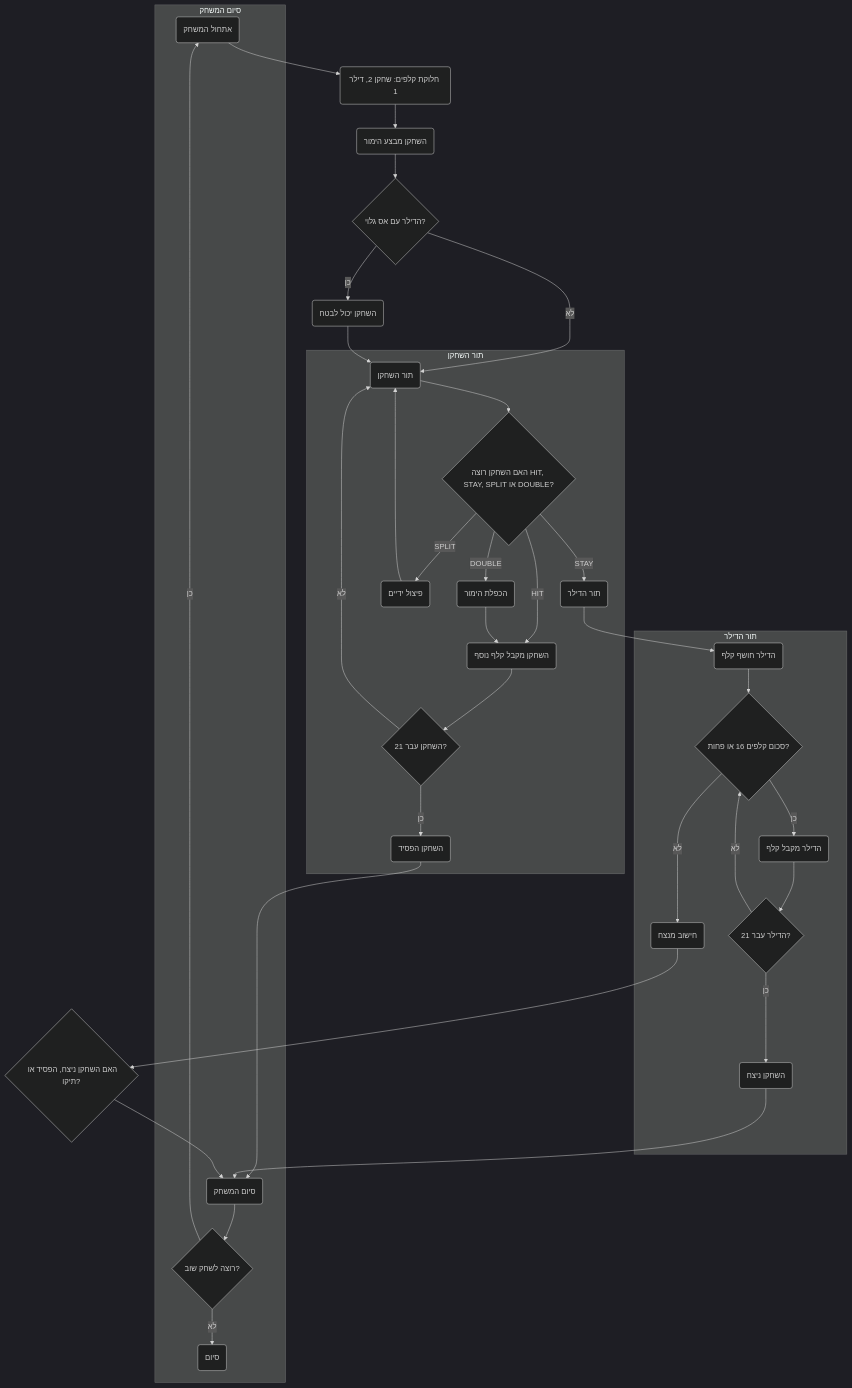
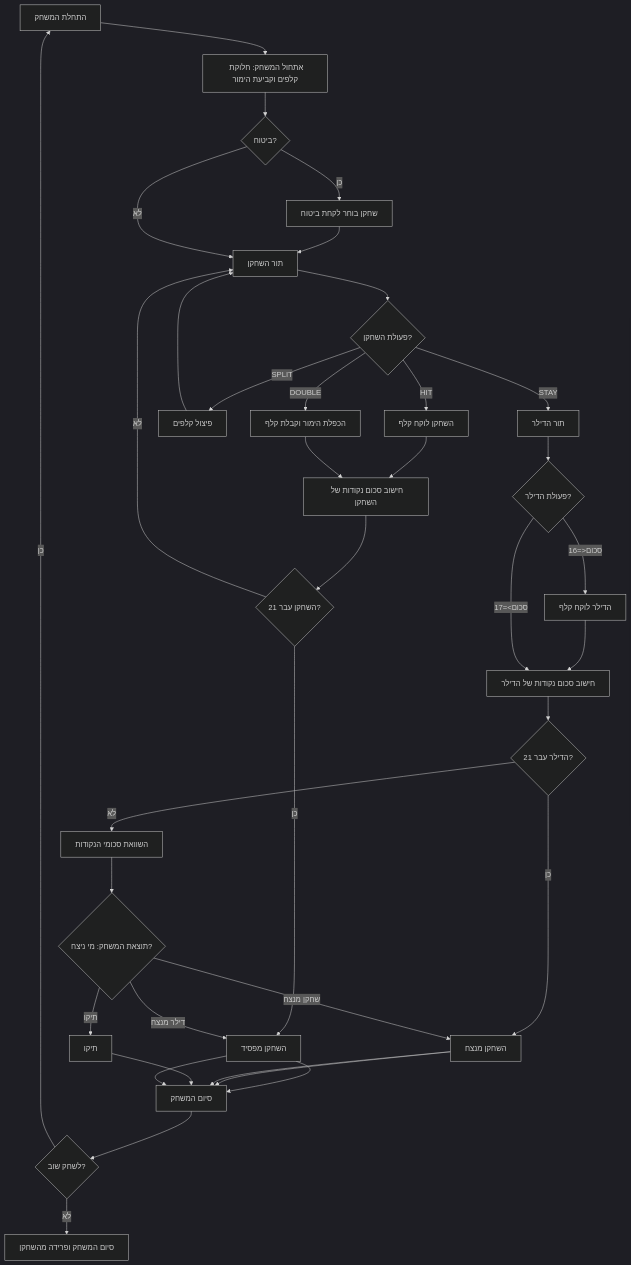
The diagram in docs/gemini/he/explainer/src/endpoints/ai_games/101_basic_computer_games/ru/rules/13_blkjak.ru.md.md (hypo69/hypo), drawn with Mermaid (dark theme) before and after one commit. The commit also changed other lines of this file and 885 other files, not shown here.

````diff
--- a/docs/gemini/he/explainer/src/endpoints/ai_games/101_basic_computer_games/ru/rules/13_blkjak.ru.md.md
+++ b/docs/gemini/he/explainer/src/endpoints/ai_games/101_basic_computer_games/ru/rules/13_blkjak.ru.md.md
@@ -47,44 +47,36 @@
 ```mermaid
 flowchart TD
-    Start(אתחול המשחק) --> DealCards(חלוקת קלפים: שחקן 2, דילר 1)
-    DealCards --> PlaceBet(השחקן מבצע הימור)
-    PlaceBet --> InsuranceCheck{הדילר עם אס גלוי?}
-    InsuranceCheck -- כן --> InsuranceOffer(השחקן יכול לבטח)
-    InsuranceCheck -- לא --> PlayerTurn(תור השחקן)
-    InsuranceOffer --> PlayerTurn
-    
-    subgraph תור השחקן
-        PlayerTurn --> PlayerChoice{האם השחקן רוצה HIT, STAY, SPLIT או DOUBLE?}
-        PlayerChoice -- HIT --> PlayerHit(השחקן מקבל קלף נוסף)
-        PlayerHit --> PlayerBustCheck{השחקן עבר 21?}
-        PlayerBustCheck -- כן --> PlayerLose(השחקן הפסיד)
-        PlayerBustCheck -- לא --> PlayerTurn
-        PlayerChoice -- STAY --> DealerTurn(תור הדילר)
-        PlayerChoice -- SPLIT --> SplitHands(פיצול ידיים)
-         SplitHands --> PlayerTurn
-        PlayerChoice -- DOUBLE --> DoubleBet(הכפלת הימור)
-           DoubleBet--> PlayerHit
-    end
-    
-    subgraph תור הדילר
-        DealerTurn --> DealerReveal(הדילר חושף קלף)
-        DealerReveal --> DealerSumCheck{סכום קלפים 16 או פחות?}
-        DealerSumCheck -- כן --> DealerHit(הדילר מקבל קלף)
-        DealerHit --> DealerBustCheck{הדילר עבר 21?}
-        DealerBustCheck -- כן --> PlayerWin(השחקן ניצח)
-        DealerBustCheck -- לא --> DealerSumCheck
-        DealerSumCheck -- לא --> WinnerCheck(חישוב מנצח)
-    end
+    Start[התחלת המשחק] --> Init[אתחול המשחק: חלוקת קלפים וקביעת הימור];
+    Init --> Insurance{ביטוח?};
+    Insurance -- כן --> TakeInsurance[שחקן בוחר לקחת ביטוח] --> PlayerTurn[תור השחקן];
+    Insurance -- לא --> PlayerTurn[תור השחקן];
+    PlayerTurn --> PlayerAction{פעולת השחקן?};
+    PlayerAction -- HIT --> TakeCardPlayer[השחקן לוקח קלף] --> CalculatePlayerSum[חישוב סכום נקודות של השחקן];
+    CalculatePlayerSum --> PlayerBust{השחקן עבר 21?};
+    PlayerBust -- כן --> PlayerLose[השחקן מפסיד] --> End[סיום המשחק];
+    PlayerBust -- לא --> PlayerTurn;
+    PlayerAction -- STAY --> DealerTurn[תור הדילר];
+      PlayerAction -- SPLIT --> SplitCards[פיצול קלפים] --> PlayerTurn
+       PlayerAction -- DOUBLE --> DoubleBet[הכפלת הימור וקבלת קלף]  --> CalculatePlayerSum;
 
-    PlayerLose --> GameOver(סיום המשחק)
-    PlayerWin --> GameOver
-    WinnerCheck --> CheckResult{האם השחקן ניצח, הפסיד או תיקו?}
-    CheckResult --> GameOver
-    
-     subgraph סיום המשחק
-        GameOver --> PlayAgain{רוצה לשחק שוב?}
-        PlayAgain -- כן --> Start
-        PlayAgain -- לא --> End(סיום)
-     end
+    DealerTurn --> DealerAction{פעולת הדילר?};
+    DealerAction -- סכום<=16 --> TakeCardDealer[הדילר לוקח קלף] --> CalculateDealerSum[חישוב סכום נקודות של הדילר];
+    CalculateDealerSum --> DealerBust{הדילר עבר 21?};
+    DealerBust -- כן --> PlayerWin[השחקן מנצח] --> End;
+     DealerAction -- סכום>=17 --> CalculateDealerSum;
+    DealerBust -- לא --> CompareSums[השוואת סכומי הנקודות] ;
+
+
+    CompareSums --> Result{תוצאת המשחק: מי ניצח?}
+    Result -- שחקן מנצח --> PlayerWin;
+    Result -- דילר מנצח --> PlayerLose;
+    Result -- תיקו --> TieGame[תיקו] ;
+    PlayerWin --> End;
+     TieGame --> End;
+    PlayerLose --> End;
+
+    End --> PlayAgain{לשחק שוב?};
+    PlayAgain -- כן --> Start;
+    PlayAgain -- לא --> Goodbye[סיום המשחק ופרידה מהשחקן];
 
 ```
````
